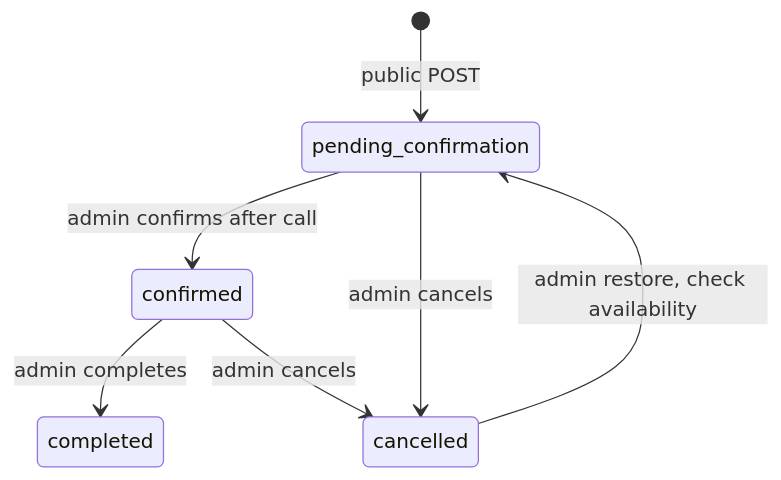
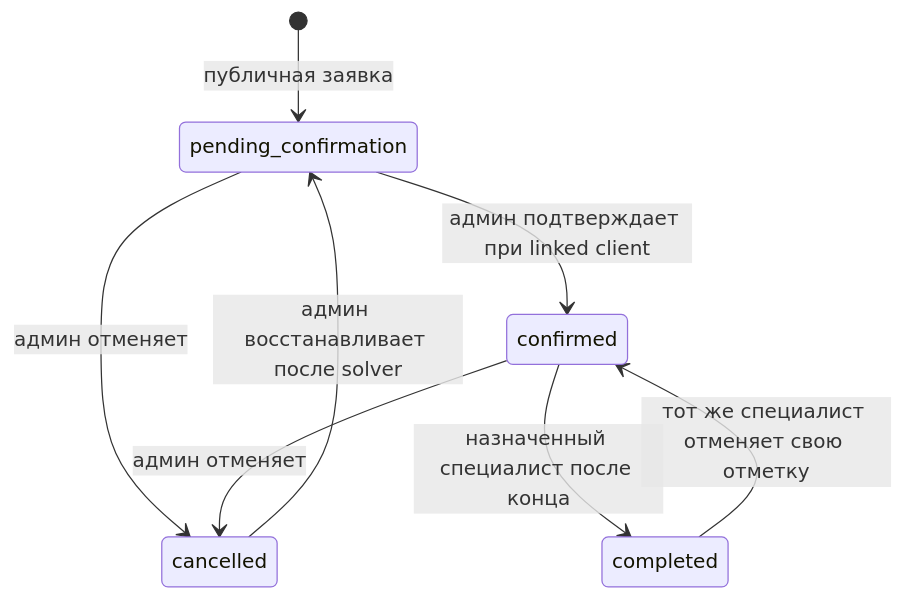
Before and after one commit to yomezza/forma.flow: the diagram in docs/backend/booking-lifecycle.md, drawn with Mermaid. The commit also changed other lines of this file and 3 other files, not shown here.

```diff
--- a/docs/backend/booking-lifecycle.md
+++ b/docs/backend/booking-lifecycle.md
@@ -3,9 +5,10 @@
 ~~~mermaid
 stateDiagram-v2
-  [*] --> pending_confirmation: public POST
-  pending_confirmation --> confirmed: admin confirms after call
-  pending_confirmation --> cancelled: admin cancels
-  confirmed --> completed: admin completes
-  confirmed --> cancelled: admin cancels
-  cancelled --> pending_confirmation: admin restore, check availability
+  [*] --> pending_confirmation: публичная заявка
+  pending_confirmation --> confirmed: админ подтверждает при linked client
+  pending_confirmation --> cancelled: админ отменяет
+  confirmed --> cancelled: админ отменяет
+  confirmed --> completed: назначенный специалист после конца
+  completed --> confirmed: тот же специалист отменяет свою отметку
+  cancelled --> pending_confirmation: админ восстанавливает после solver
 ~~~
```
